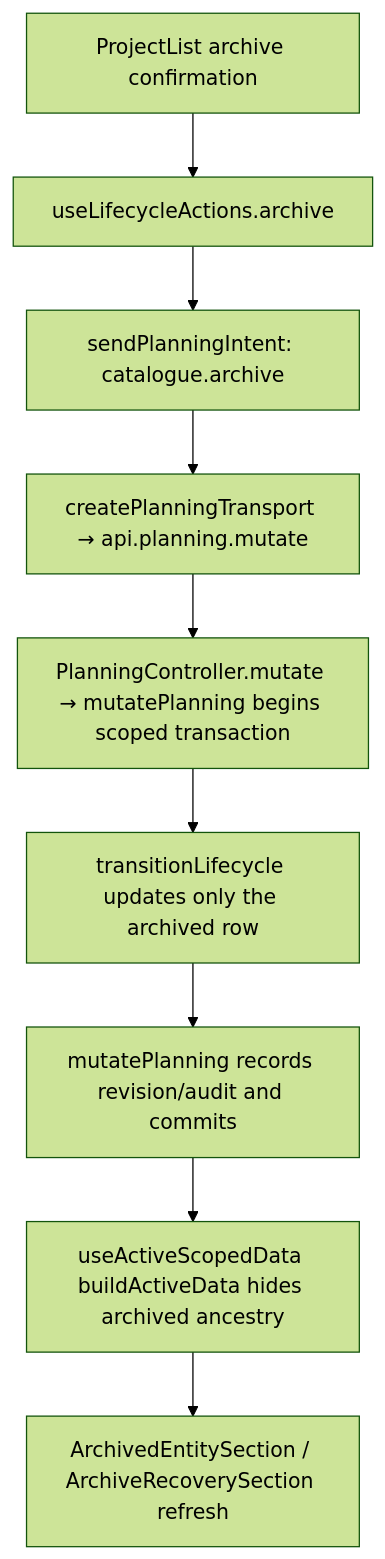
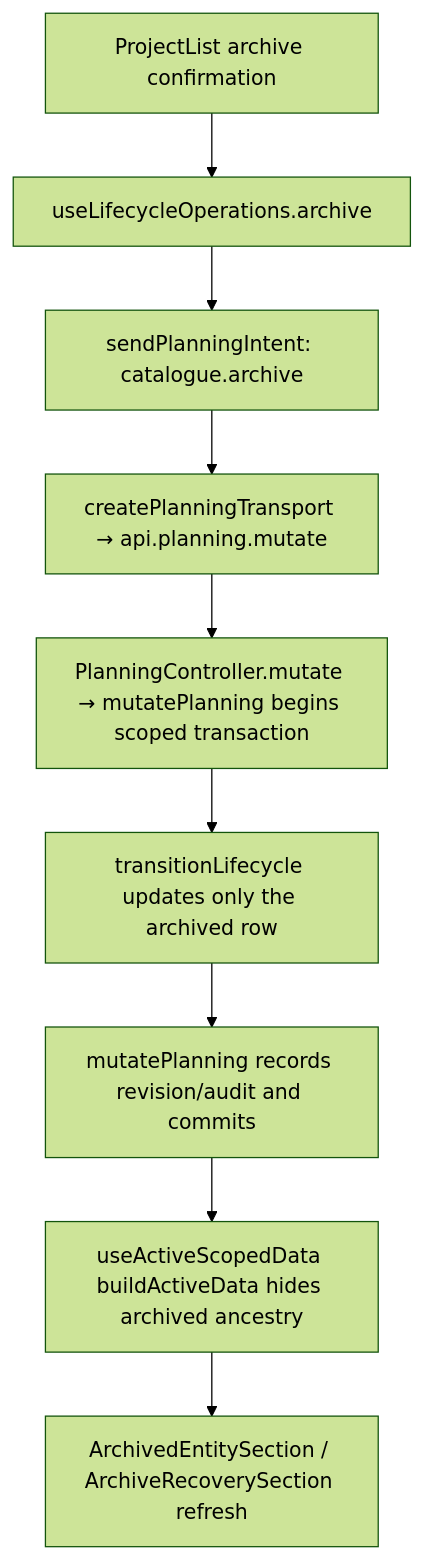
The second of 2 diagrams in user-stories/projects/US-PRJ-03-archive-project.md (Kevinjohn/capacitylens), drawn with Mermaid (forest theme) before and after one commit. The commit also changed other lines of this file and 50 other files, not shown here.

````diff
--- a/user-stories/projects/US-PRJ-03-archive-project.md
+++ b/user-stories/projects/US-PRJ-03-archive-project.md
@@ -30,7 +30,7 @@
 ```mermaid
 flowchart TD
-  A["ProjectList archive confirmation"] --> B["useLifecycleActions.archive"] --> C["sendPlanningIntent: catalogue.archive"]
+  A["ProjectList archive confirmation"] --> B["useLifecycleOperations.archive"] --> C["sendPlanningIntent: catalogue.archive"]
   C --> D["createPlanningTransport → api.planning.mutate"] --> E["PlanningController.mutate → mutatePlanning begins scoped transaction"]
   E --> F["transitionLifecycle updates only the archived row"] --> K["mutatePlanning records revision/audit and commits"] --> F2["useActiveScopedData buildActiveData hides archived ancestry"]
   F2 --> H["ArchivedEntitySection / ArchiveRecoverySection refresh"]
 ```
````
